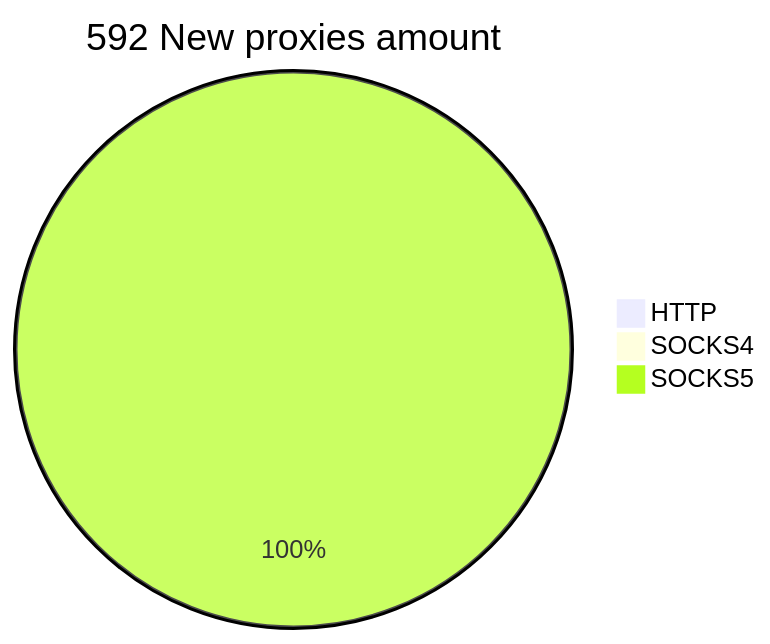
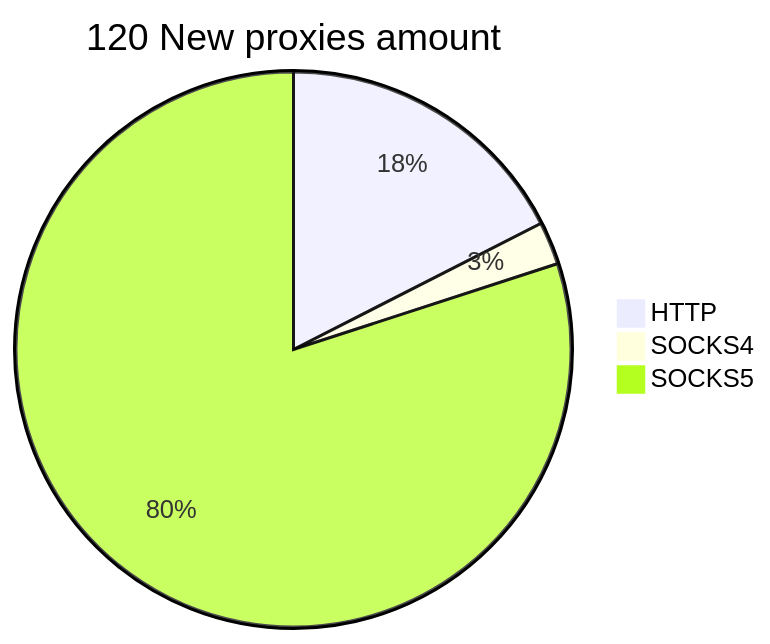
One commit to cutipu/proxylist changed the second of 2 diagrams in README.md. Above: the diagram before and after it, drawn with Mermaid. The commit also changed other lines of this file, not shown here.

````diff
--- a/README.md
+++ b/README.md
@@ -10,6 +10,6 @@
 ```mermaid
-pie title 592 New proxies amount
-    "HTTP" : 0
-    "SOCKS4" : 0
-    "SOCKS5" : 593
+pie title 120 New proxies amount
+    "HTTP" : 21
+    "SOCKS4" : 3
+    "SOCKS5" : 96
 ```
````
